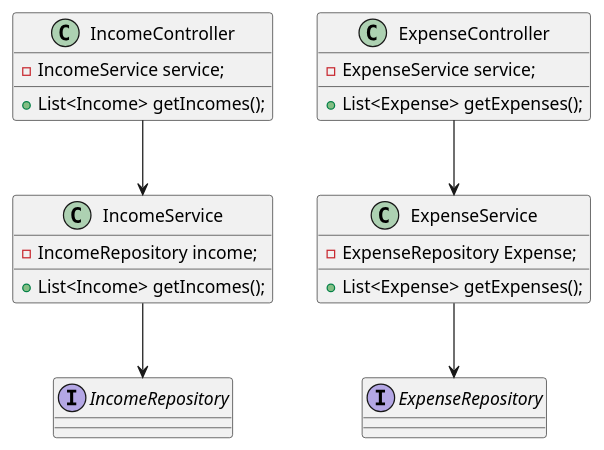
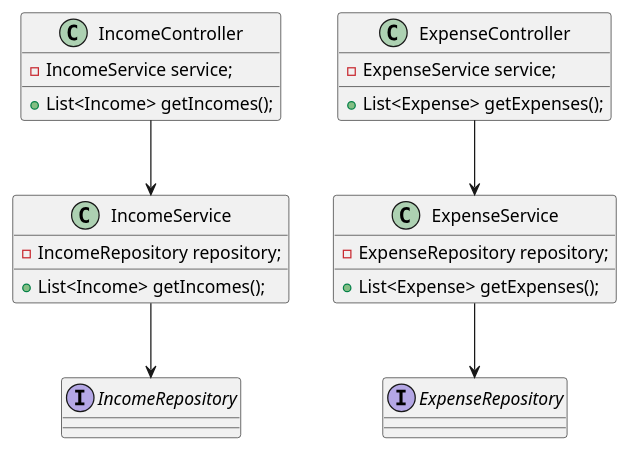
One commit to alizeynalli90/solid-principles changed the diagram in target/classes/srp_refactored_arch.puml. Above: the diagram before and after it, drawn with PlantUML. The commit also changed 15 other files, not shown here.

```diff
--- a/target/classes/srp_refactored_arch.puml
+++ b/target/classes/srp_refactored_arch.puml
@@ -1,32 +1,32 @@
 @startuml
 interface IncomeRepository{
 }
 
 interface ExpenseRepository{
 }
 
 class IncomeController {
     - IncomeService service;
     + List<Income> getIncomes();
 }
 
 class ExpenseController {
     - ExpenseService service;
     + List<Expense> getExpenses();
 }
 
 class IncomeService {
-    - IncomeRepository income;
+    - IncomeRepository repository;
     + List<Income> getIncomes();
 }
 
 class ExpenseService {
-    - ExpenseRepository Expense;
+    - ExpenseRepository repository;
     + List<Expense> getExpenses();
 }
 
 IncomeController --> IncomeService
 ExpenseController --> ExpenseService
 IncomeService --> IncomeRepository
 ExpenseService --> ExpenseRepository
 @enduml
```
